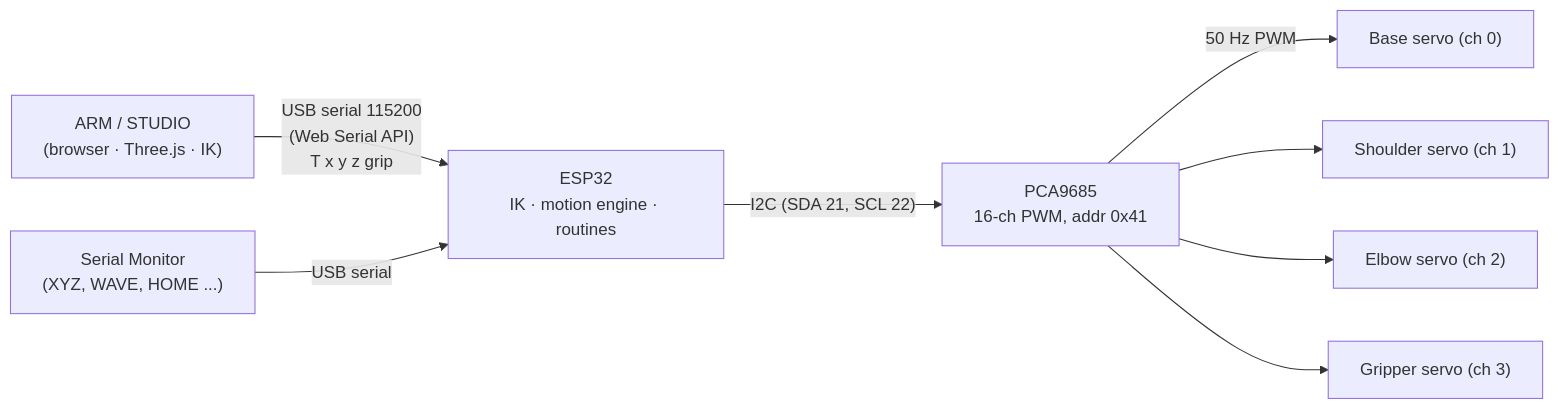
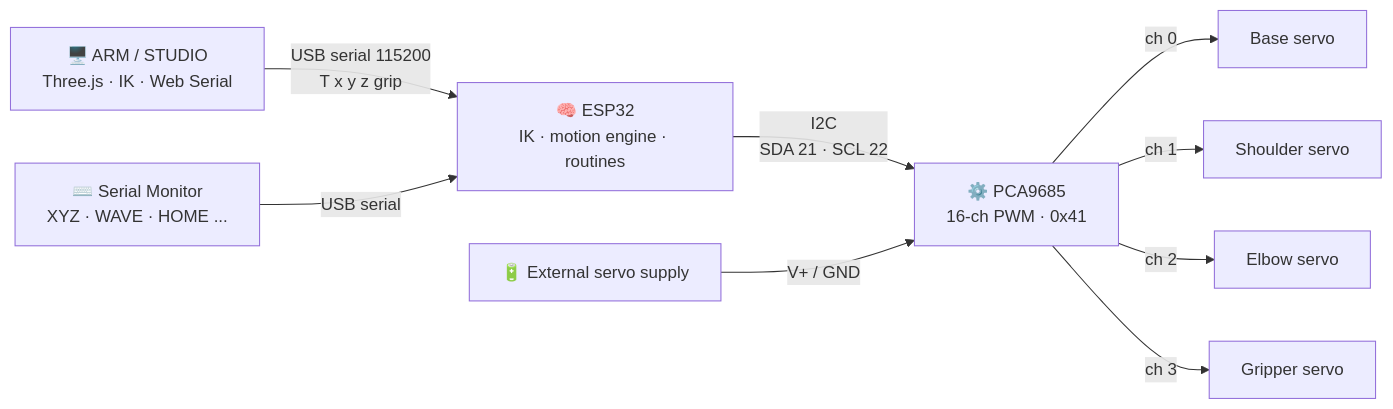
The diagram in README.md (DivyomSrivastava/4DOF-Robotic-Arm), drawn with Mermaid before and after one commit. The commit also changed other lines of this file and 1 other file, not shown here.

````diff
--- a/README.md
+++ b/README.md
@@ -42,10 +83,11 @@
 ```mermaid
 flowchart LR
-    A["ARM / STUDIO<br/>(browser · Three.js · IK)"] -- "USB serial 115200<br/>(Web Serial API)<br/>T x y z grip" --> B["ESP32<br/>IK · motion engine · routines"]
-    C["Serial Monitor<br/>(XYZ, WAVE, HOME ...)"] -- "USB serial" --> B
-    B -- "I2C (SDA 21, SCL 22)" --> D["PCA9685<br/>16-ch PWM, addr 0x41"]
-    D -- "50 Hz PWM" --> E["Base servo (ch 0)"]
-    D --> F["Shoulder servo (ch 1)"]
-    D --> G["Elbow servo (ch 2)"]
-    D --> H["Gripper servo (ch 3)"]
+    A["🖥️ ARM / STUDIO<br/>Three.js · IK · Web Serial"] -- "USB serial 115200<br/>T x y z grip" --> B
+    C["⌨️ Serial Monitor<br/>XYZ · WAVE · HOME ..."] -- "USB serial" --> B
+    B["🧠 ESP32<br/>IK · motion engine · routines"] -- "I2C<br/>SDA 21 · SCL 22" --> D["⚙️ PCA9685<br/>16-ch PWM · 0x41"]
+    D -- "ch 0" --> E["Base servo"]
+    D -- "ch 1" --> F["Shoulder servo"]
+    D -- "ch 2" --> G["Elbow servo"]
+    D -- "ch 3" --> H["Gripper servo"]
+    P["🔋 External servo supply"] -- "V+ / GND" --> D
 ```
````
